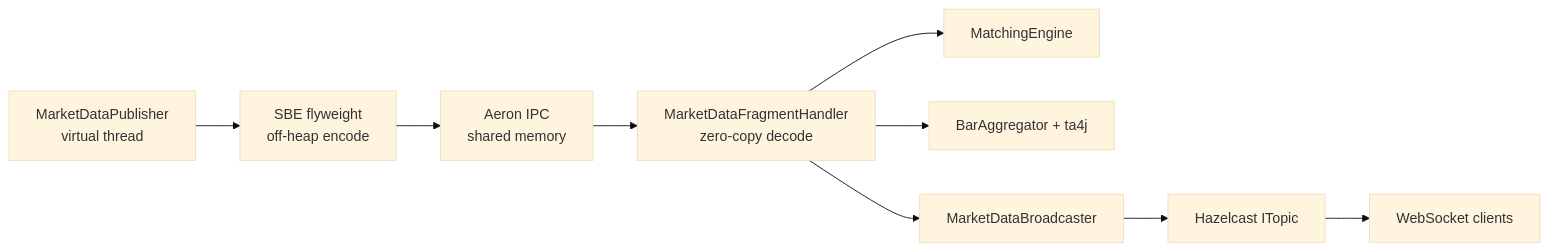
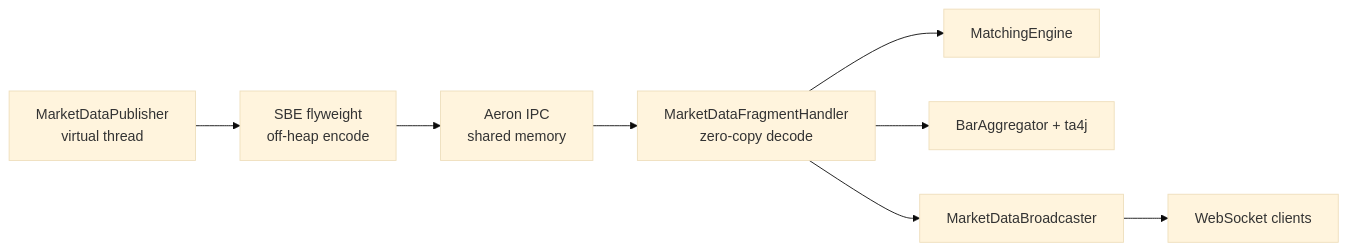
Before and after one commit to pedanticdev/trader-stream-ee: the first of 5 diagrams in workshop/WORKSHOP.md, drawn with Mermaid (base theme). The commit also changed other lines of this file and 45 other files, not shown here.

````diff
--- a/workshop/WORKSHOP.md
+++ b/workshop/WORKSHOP.md
@@ -29,18 +29,16 @@
 ```mermaid
 flowchart LR
     P[MarketDataPublisher<br/>virtual thread]
     SBE[SBE flyweight<br/>off-heap encode]
     A[Aeron IPC<br/>shared memory]
     F[MarketDataFragmentHandler<br/>zero-copy decode]
     M[MatchingEngine]
     B[BarAggregator + ta4j]
     W[MarketDataBroadcaster]
-    HZ[Hazelcast ITopic]
     WS[WebSocket clients]
 
     P --> SBE --> A --> F
     F --> M
     F --> B
-    F --> W
-    W --> HZ --> WS
+    F --> W --> WS
 ```
````
